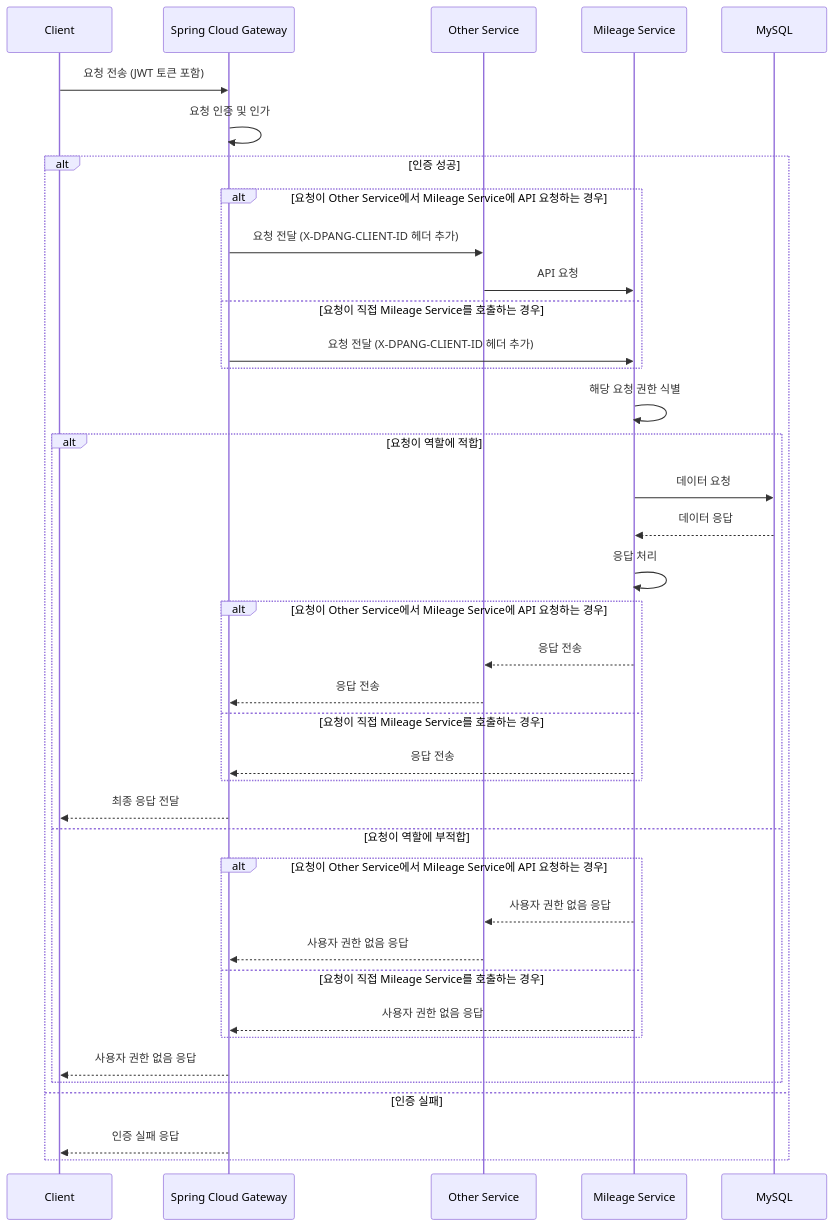
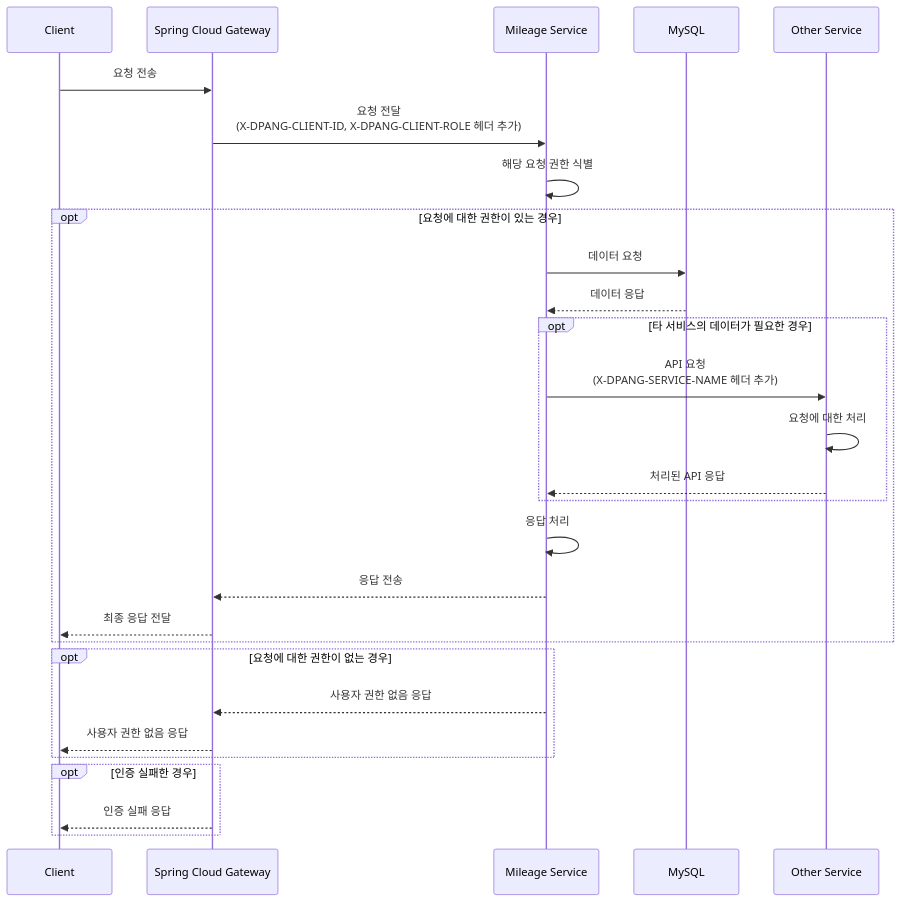
The first of 2 diagrams in README.md (kea-dpang/mileage-server), drawn with Mermaid before and after one commit. The commit also changed other lines of this file, not shown here.

Commit message:
Docs: README.md 업데이트

````diff
--- a/README.md
+++ b/README.md
@@ -13,48 +11,36 @@
 ```mermaid
 sequenceDiagram
     participant Client as Client
     participant Gateway as Spring Cloud Gateway
-    participant OtherService as Other Service
     participant MileageService as Mileage Service
     participant MySQL as MySQL
-    Client ->> Gateway: 요청 전송 (JWT 토큰 포함)
-    Gateway ->> Gateway: 요청 인증 및 인가
+    participant OtherService as Other Service
+    
+    Client ->> Gateway: 요청 전송
+    Gateway ->> MileageService: 요청 전달 <br> (X-DPANG-CLIENT-ID, X-DPANG-CLIENT-ROLE 헤더 추가)
+    MileageService ->> MileageService: 해당 요청 권한 식별
 
-    alt 인증 성공
-        alt 요청이 Other Service에서 Mileage Service에 API 요청하는 경우
-            Gateway ->> OtherService: 요청 전달 (X-DPANG-CLIENT-ID 헤더 추가)
-            OtherService ->> MileageService: API 요청
-        else 요청이 직접 Mileage Service를 호출하는 경우
-            Gateway ->> MileageService: 요청 전달 (X-DPANG-CLIENT-ID 헤더 추가)
-        end
-        MileageService ->> MileageService: 해당 요청 권한 식별
+    opt 요청에 대한 권한이 있는 경우
+        MileageService ->> MySQL: 데이터 요청
+        MySQL -->> MileageService: 데이터 응답
 
-        alt 요청이 역할에 적합
-            MileageService ->> MySQL: 데이터 요청
-            MySQL -->> MileageService: 데이터 응답
-            MileageService ->> MileageService: 응답 처리
-
-            alt 요청이 Other Service에서 Mileage Service에 API 요청하는 경우
-                MileageService -->> OtherService: 응답 전송
-                OtherService -->> Gateway: 응답 전송
-            else 요청이 직접 Mileage Service를 호출하는 경우
-                MileageService -->> Gateway: 응답 전송
-            end
-
-            Gateway -->> Client: 최종 응답 전달
-
-        else 요청이 역할에 부적합
-            alt 요청이 Other Service에서 Mileage Service에 API 요청하는 경우
-                MileageService -->> OtherService: 사용자 권한 없음 응답
-                OtherService -->> Gateway: 사용자 권한 없음 응답
-            else 요청이 직접 Mileage Service를 호출하는 경우
-                MileageService -->> Gateway: 사용자 권한 없음 응답
-            end
-            Gateway -->> Client: 사용자 권한 없음 응답
+        opt 타 서비스의 데이터가 필요한 경우
+            MileageService ->> OtherService: API 요청 <br> (X-DPANG-SERVICE-NAME 헤더 추가)
+            OtherService ->> OtherService: 요청에 대한 처리
+            OtherService -->> MileageService: 처리된 API 응답
         end
 
-    else 인증 실패
+        MileageService ->> MileageService: 응답 처리
+        MileageService -->> Gateway: 응답 전송
+        Gateway -->> Client: 최종 응답 전달
+    end
+
+    opt 요청에 대한 권한이 없는 경우
+        MileageService -->> Gateway: 사용자 권한 없음 응답
+        Gateway -->> Client: 사용자 권한 없음 응답
+    end
+
+    opt 인증 실패한 경우
         Gateway -->> Client: 인증 실패 응답
     end
-
 ```
````
